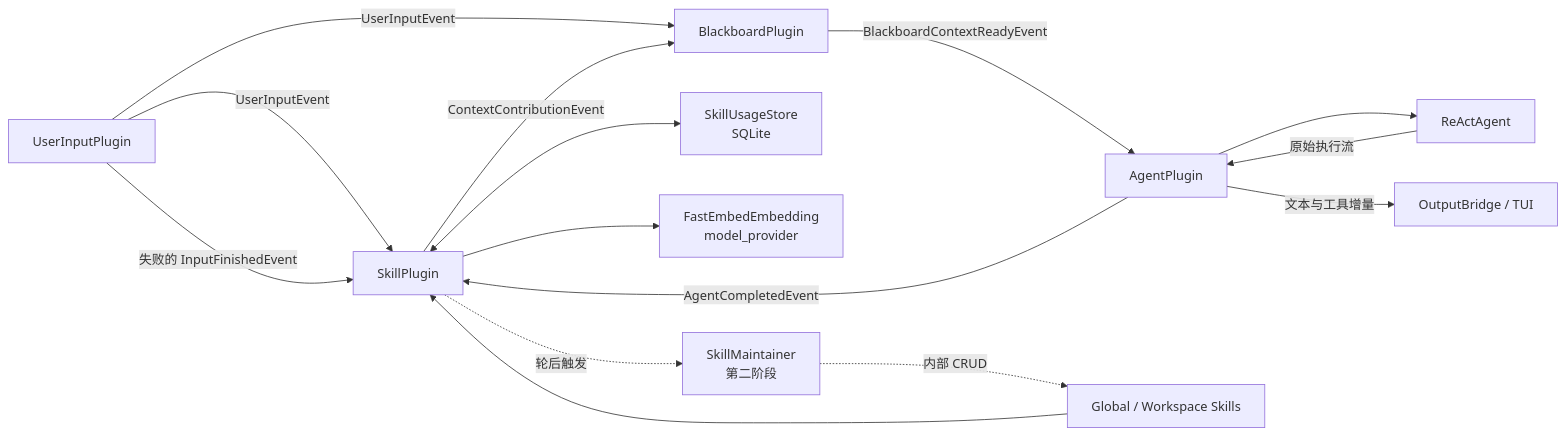
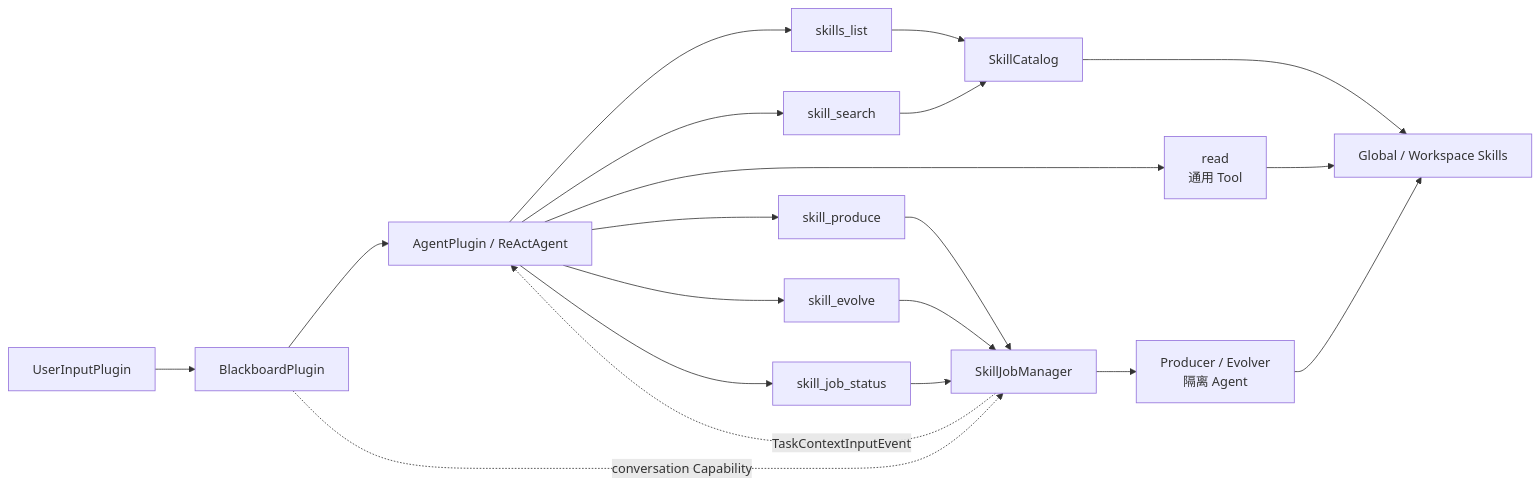
Before and after one commit to Removel/Icarus: the diagram in apps/agent/docs/arch/skill-plugin-design.md, drawn with Mermaid. The commit also changed other lines of this file and 71 other files, not shown here.

Commit message:
feat(agent): toolize skill discovery and evolution

````diff
--- a/apps/agent/docs/arch/skill-plugin-design.md
+++ b/apps/agent/docs/arch/skill-plugin-design.md
@@ -44,28 +68,31 @@
 ```mermaid
 flowchart LR
     U["UserInputPlugin"]
-    S["SkillPlugin"]
     B["BlackboardPlugin"]
-    A["AgentPlugin"]
-    O["OutputBridge / TUI"]
-    R["ReActAgent"]
-    DB["SkillUsageStore\nSQLite"]
+    A["AgentPlugin / ReActAgent"]
+    L["skills_list"]
+    S["skill_search"]
+    R["read
+通用 Tool"]
+    P["skill_produce"]
+    E["skill_evolve"]
+    Q["skill_job_status"]
+    C["SkillCatalog"]
+    J["SkillJobManager"]
+    W["Producer / Evolver
+隔离 Agent"]
     FS["Global / Workspace Skills"]
-    E["FastEmbedEmbedding\nmodel_provider"]
-    M["SkillMaintainer\n第二阶段"]
 
-    U -- "UserInputEvent" --> S
-    U -- "UserInputEvent" --> B
-    FS --> S
-    S <--> DB
-    S --> E
-    S -- "ContextContributionEvent" --> B
-    B -- "BlackboardContextReadyEvent" --> A
-    A --> R
-    R -- "原始执行流" --> A
-    A -- "文本与工具增量" --> O
-    A -- "AgentCompletedEvent" --> S
-    U -- "失败的 InputFinishedEvent" --> S
-    S -. "轮后触发" .-> M
-    M -. "内部 CRUD" .-> FS
+    U --> B --> A
+    A --> L --> C
+    A --> S --> C
+    C --> FS
+    A --> R --> FS
+    A --> P --> J
+    A --> E --> J
+    A --> Q --> J
+    B -. "conversation Capability" .-> J
+    J --> W
+    W --> FS
+    J -. "TaskContextInputEvent" .-> A
 ```
````
